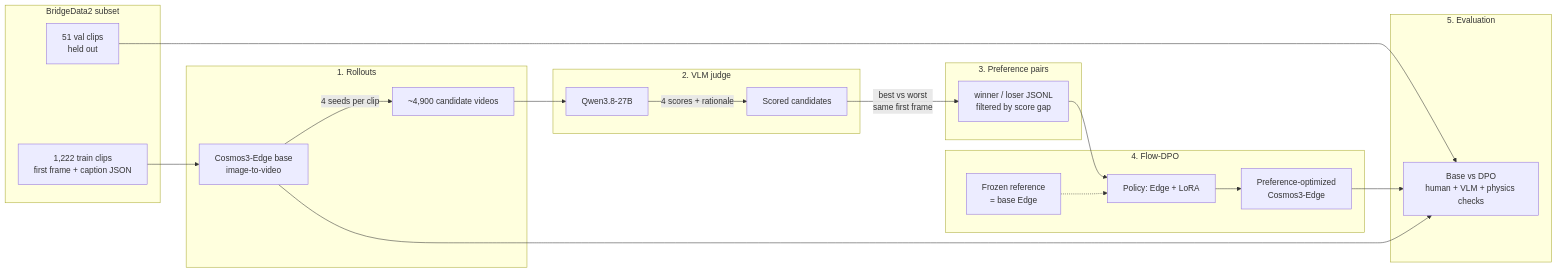
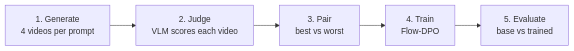
The first of 6 diagrams in README.md (Patra2020/cosmos-align), drawn with Mermaid before and after one commit. The commit also changed other lines of this file and 1 other file, not shown here.

Commit message:
Add rollouts script

````diff
--- a/README.md
+++ b/README.md
@@ -21,36 +25,7 @@
 ```mermaid
 flowchart LR
-    subgraph data[BridgeData2 subset]
-        T[1,222 train clips<br/>first frame + caption JSON]
-        V[51 val clips<br/>held out]
-    end
-
-    subgraph rollout[1. Rollouts]
-        G[Cosmos3-Edge base<br/>image-to-video]
-        T --> G
-        G -->|4 seeds per clip| C[~4,900 candidate videos]
-    end
-
-    subgraph judge[2. VLM judge]
-        Q[Qwen3.8-27B]
-        C --> Q
-        Q -->|4 scores + rationale| S[Scored candidates]
-    end
-
-    subgraph pairs[3. Preference pairs]
-        S -->|best vs worst<br/>same first frame| P[winner / loser JSONL<br/>filtered by score gap]
-    end
-
-    subgraph dpo[4. Flow-DPO]
-        R[Frozen reference<br/>= base Edge]
-        P --> D[Policy: Edge + LoRA]
-        R -.-> D
-        D --> M[Preference-optimized<br/>Cosmos3-Edge]
-    end
-
-    subgraph eval[5. Evaluation]
-        V --> E[Base vs DPO<br/>human + VLM + physics checks]
-        M --> E
-        G --> E
-    end
+    A["1. Generate<br/>4 videos per prompt"] --> B["2. Judge<br/>VLM scores each video"]
+    B --> C["3. Pair<br/>best vs worst"]
+    C --> D["4. Train<br/>Flow-DPO"]
+    D --> E["5. Evaluate<br/>base vs trained"]
 ```
````
